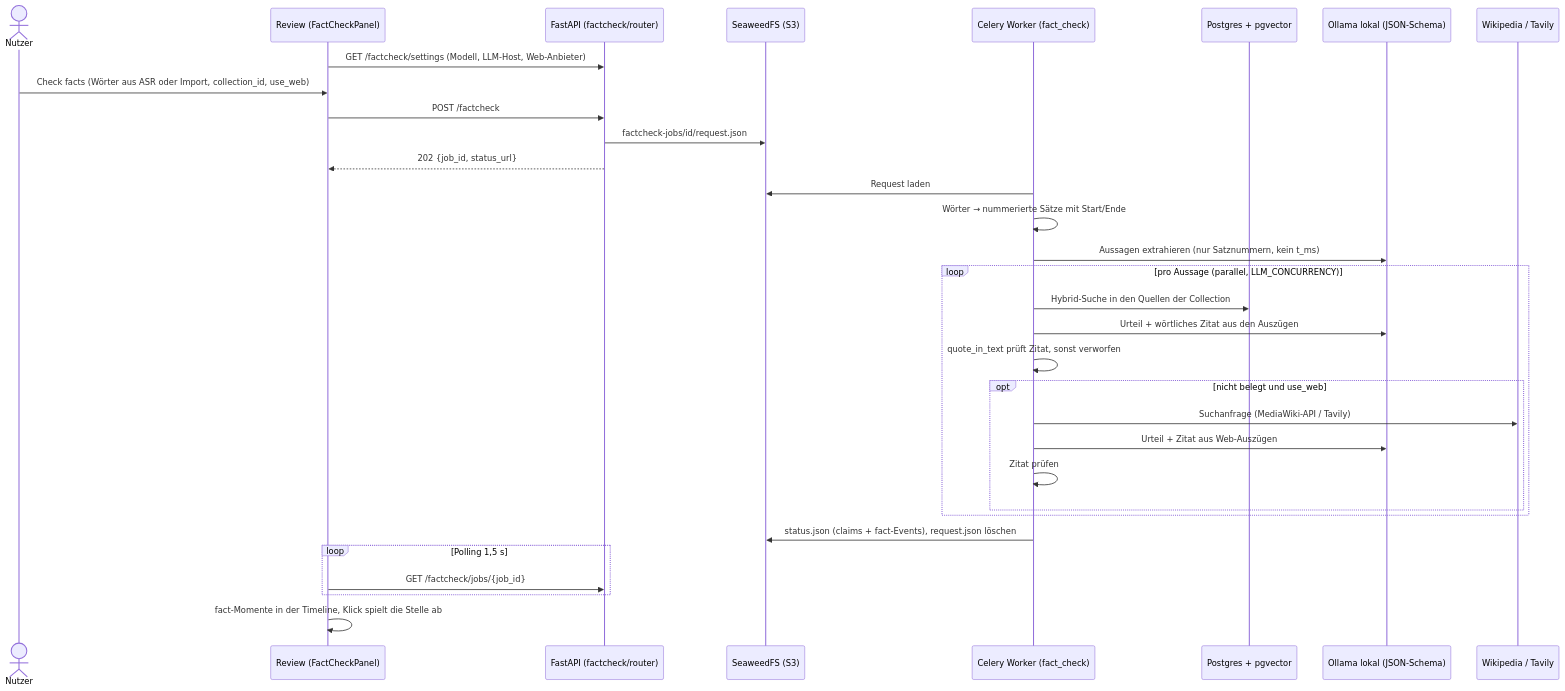
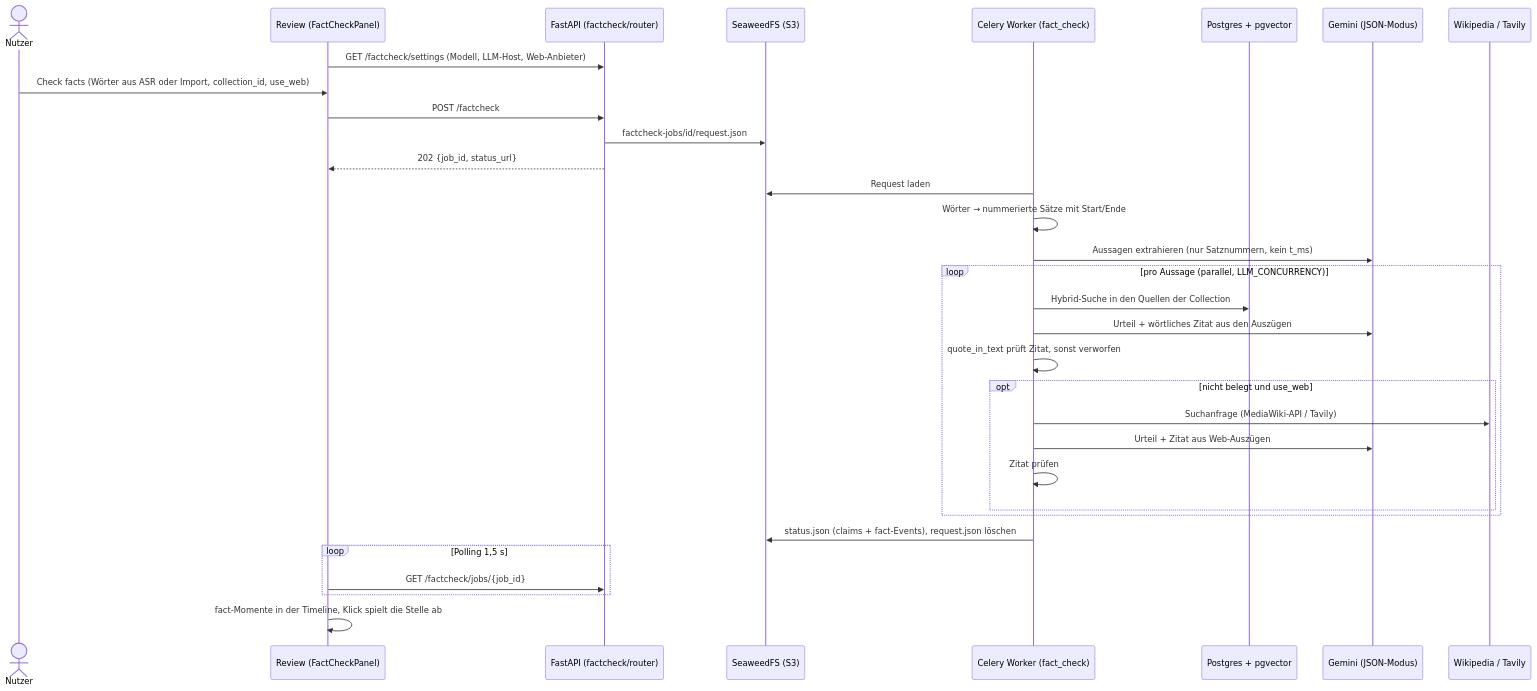
Before and after one commit to johannes3502/hackathon-fulda: the sixth of 12 diagrams in docs/03-architecture.md, drawn with Mermaid. The commit also changed other lines of this file and 31 other files, not shown here.

````diff
--- a/docs/03-architecture.md
+++ b/docs/03-architecture.md
@@ -305,35 +305,35 @@
 ```mermaid
 sequenceDiagram
     actor U as Nutzer
     participant FE as Review (FactCheckPanel)
     participant BE as FastAPI (factcheck/router)
     participant S3 as SeaweedFS (S3)
     participant W as Celery Worker (fact_check)
     participant PG as Postgres + pgvector
-    participant L as Ollama lokal (JSON-Schema)
+    participant L as Gemini (JSON-Modus)
     participant WS as Wikipedia / Tavily
 
     FE->>BE: GET /factcheck/settings (Modell, LLM-Host, Web-Anbieter)
     U->>FE: Check facts (Wörter aus ASR oder Import, collection_id, use_web)
     FE->>BE: POST /factcheck
     BE->>S3: factcheck-jobs/id/request.json
     BE-->>FE: 202 {job_id, status_url}
     W->>S3: Request laden
     W->>W: Wörter → nummerierte Sätze mit Start/Ende
     W->>L: Aussagen extrahieren (nur Satznummern, kein t_ms)
     loop pro Aussage (parallel, LLM_CONCURRENCY)
         W->>PG: Hybrid-Suche in den Quellen der Collection
         W->>L: Urteil + wörtliches Zitat aus den Auszügen
         W->>W: quote_in_text prüft Zitat, sonst verworfen
         opt nicht belegt und use_web
             W->>WS: Suchanfrage (MediaWiki-API / Tavily)
             W->>L: Urteil + Zitat aus Web-Auszügen
             W->>W: Zitat prüfen
         end
     end
     W->>S3: status.json (claims + fact-Events), request.json löschen
     loop Polling 1,5 s
         FE->>BE: GET /factcheck/jobs/{job_id}
     end
     FE->>FE: fact-Momente in der Timeline, Klick spielt die Stelle ab
 ```
````
